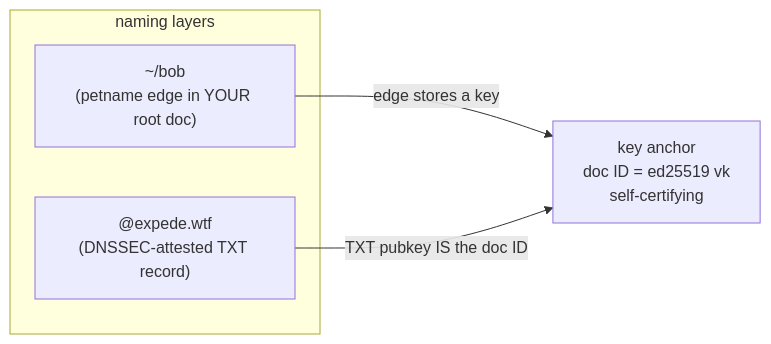
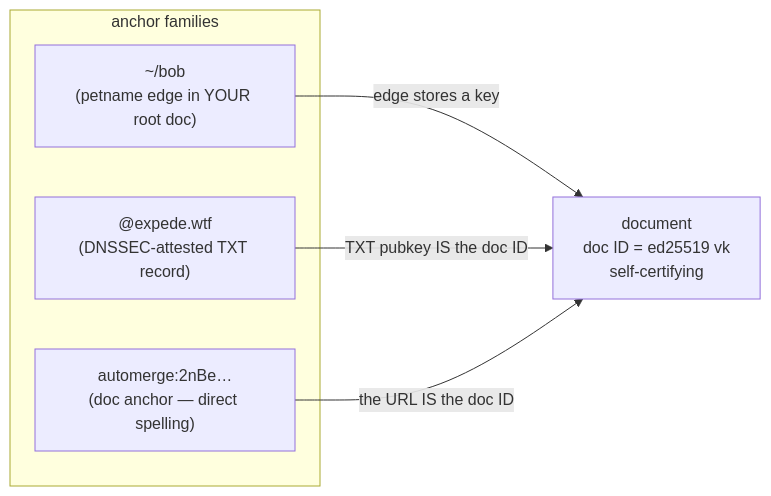
One commit to inkandswitch/onomancy changed the diagram in design/anchors.md. Above: the diagram before and after it, drawn with Mermaid. The commit also changed other lines of this file and 42 other files, not shown here.

````diff
--- a/design/anchors.md
+++ b/design/anchors.md
@@ -9,10 +11,12 @@
 ```mermaid
 flowchart LR
-    subgraph naming layers
+    subgraph anchor families
         P["~/bob<br/>(petname edge in YOUR root doc)"]
         D["@expede.wtf<br/>(DNSSEC-attested TXT record)"]
+        A["automerge:2nBe…<br/>(doc anchor — direct spelling)"]
     end
-    K["key anchor<br/>doc ID = ed25519 vk<br/>self-certifying"]
+    K["document<br/>doc ID = ed25519 vk<br/>self-certifying"]
     P -->|"edge stores a key"| K
     D -->|"TXT pubkey IS the doc ID"| K
+    A -->|"the URL IS the doc ID"| K
 ```
````
